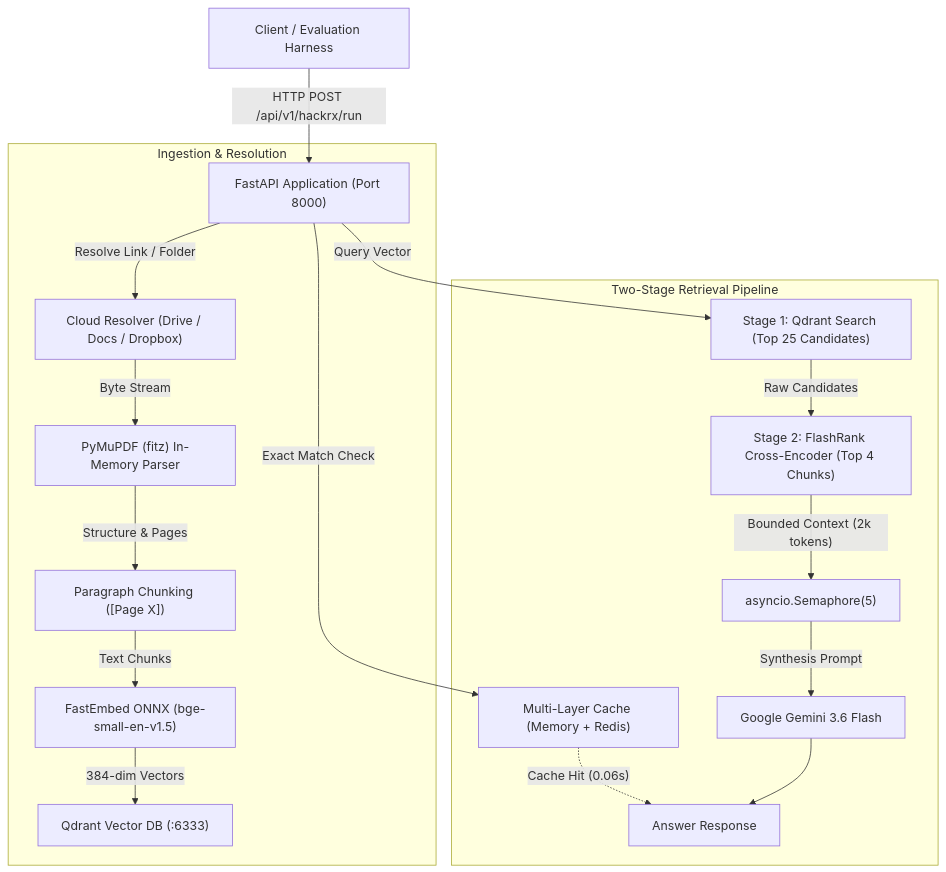
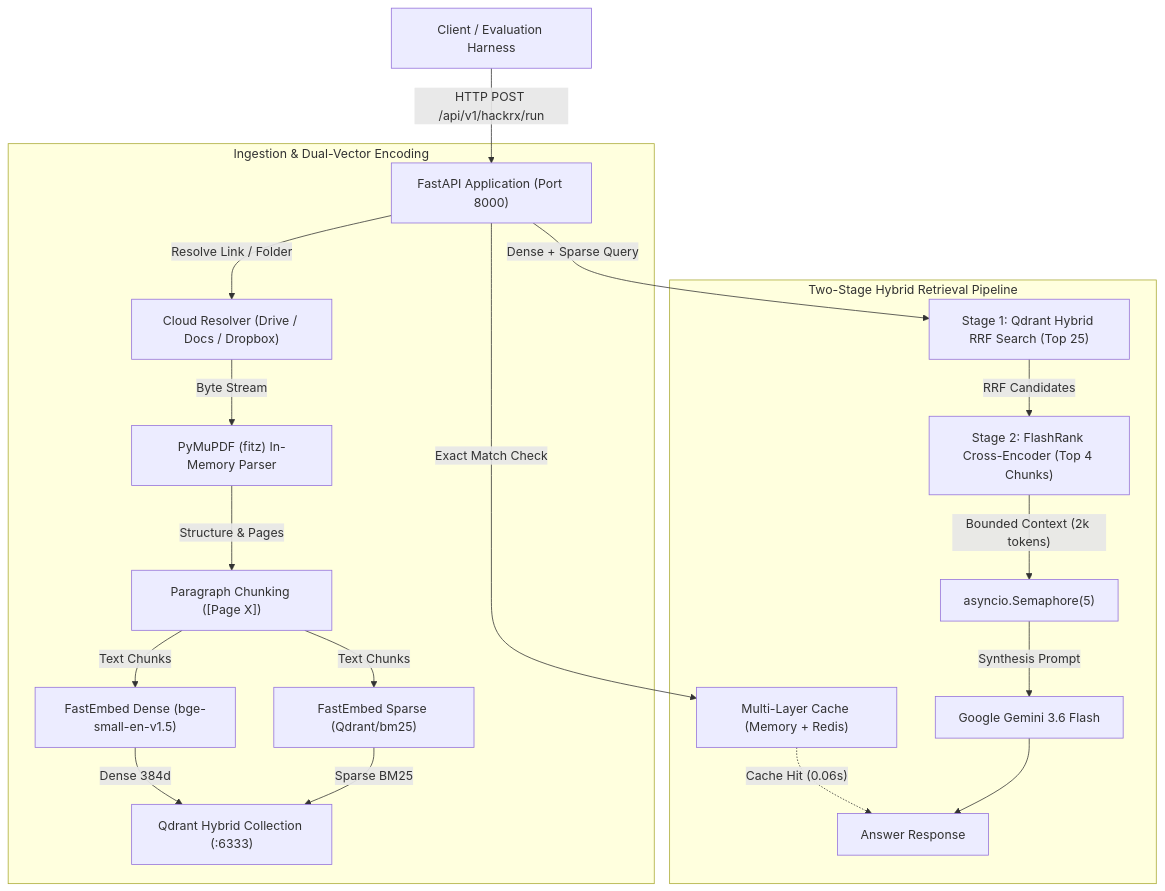
One commit to prince-2003/saturday-bajaj changed the diagram in README.md. Above: the diagram before and after it, drawn with Mermaid. The commit also changed other lines of this file and 6 other files, not shown here.

Commit message:
feat(hybrid-search): implement BM25 sparse + dense embeddings with Qdrant Reciprocal Rank Fusion (RRF)

````diff
--- a/README.md
+++ b/README.md
@@ -52,22 +53,24 @@
 ```mermaid
 graph TD
     Client["Client / Evaluation Harness"] -->|"HTTP POST /api/v1/hackrx/run"| API["FastAPI Application (Port 8000)"]
     
-    subgraph "Ingestion & Resolution"
+    subgraph "Ingestion & Dual-Vector Encoding"
         API -->|"Resolve Link / Folder"| CloudResolver["Cloud Resolver (Drive / Docs / Dropbox)"]
         CloudResolver -->|"Byte Stream"| PyMuPDF["PyMuPDF (fitz) In-Memory Parser"]
         PyMuPDF -->|"Structure & Pages"| ChunkEngine["Paragraph Chunking ([Page X])"]
-        ChunkEngine -->|"Text Chunks"| FastEmbed["FastEmbed ONNX (bge-small-en-v1.5)"]
-        FastEmbed -->|"384-dim Vectors"| Qdrant["Qdrant Vector DB (:6333)"]
+        ChunkEngine -->|"Text Chunks"| FastEmbedDense["FastEmbed Dense (bge-small-en-v1.5)"]
+        ChunkEngine -->|"Text Chunks"| FastEmbedSparse["FastEmbed Sparse (Qdrant/bm25)"]
+        FastEmbedDense -->|"Dense 384d"| Qdrant["Qdrant Hybrid Collection (:6333)"]
+        FastEmbedSparse -->|"Sparse BM25"| Qdrant
     end
 
-    subgraph "Two-Stage Retrieval Pipeline"
+    subgraph "Two-Stage Hybrid Retrieval Pipeline"
         API -->|"Exact Match Check"| Cache["Multi-Layer Cache (Memory + Redis)"]
         Cache -.->|"Cache Hit (0.06s)"| Output["Answer Response"]
-        API -->|"Query Vector"| Stage1["Stage 1: Qdrant Search (Top 25 Candidates)"]
-        Stage1 -->|"Raw Candidates"| Stage2["Stage 2: FlashRank Cross-Encoder (Top 4 Chunks)"]
+        API -->|"Dense + Sparse Query"| Stage1["Stage 1: Qdrant Hybrid RRF Search (Top 25)"]
+        Stage1 -->|"RRF Candidates"| Stage2["Stage 2: FlashRank Cross-Encoder (Top 4 Chunks)"]
         Stage2 -->|"Bounded Context (2k tokens)"| Semaphore["asyncio.Semaphore(5)"]
         Semaphore -->|"Synthesis Prompt"| Gemini["Google Gemini 3.6 Flash"]
         Gemini --> Output
     end
 ```
````
